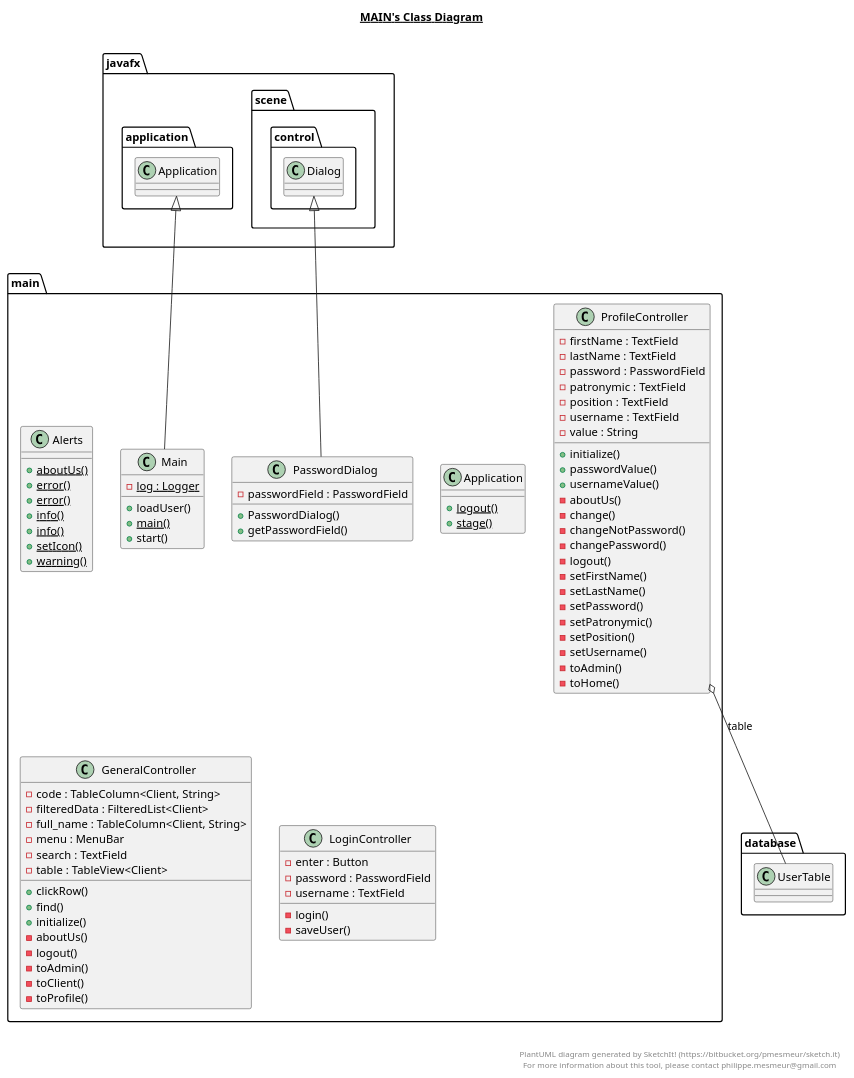
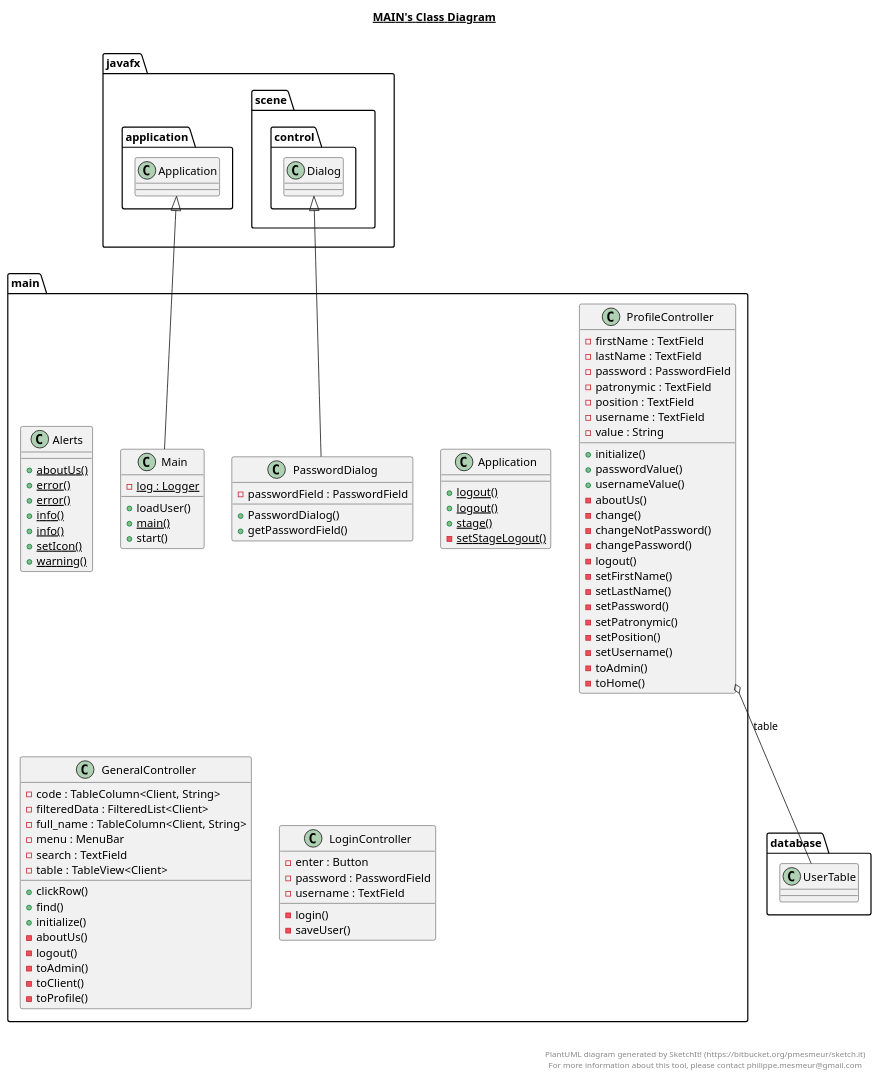
The diagram in src/main/main.plantuml (psychosis1/Work-Practice), drawn with PlantUML before and after one commit. The commit also changed 4 other files, not shown here.

```diff
--- a/src/main/main.plantuml
+++ b/src/main/main.plantuml
@@ -1,117 +1,119 @@
 @startuml
 
 title __MAIN's Class Diagram__\n
 
   namespace main {
     class main.Alerts {
         {static} + aboutUs()
         {static} + error()
         {static} + error()
         {static} + info()
         {static} + info()
         {static} + setIcon()
         {static} + warning()
     }
   }
   
 
   namespace main {
     class main.Application {
         {static} + logout()
+        {static} + logout()
         {static} + stage()
+        {static} - setStageLogout()
     }
   }
   
 
   namespace main {
     class main.GeneralController {
         - code : TableColumn<Client, String>
         - filteredData : FilteredList<Client>
         - full_name : TableColumn<Client, String>
         - menu : MenuBar
         - search : TextField
         - table : TableView<Client>
         + clickRow()
         + find()
         + initialize()
         - aboutUs()
         - logout()
         - toAdmin()
         - toClient()
         - toProfile()
     }
   }
   
 
   namespace main {
     class main.LoginController {
         - enter : Button
         - password : PasswordField
         - username : TextField
         - login()
         - saveUser()
     }
   }
   
 
   namespace main {
     class main.Main {
         {static} - log : Logger
         + loadUser()
         {static} + main()
         + start()
     }
   }
   
 
   namespace main {
     class main.PasswordDialog {
         - passwordField : PasswordField
         + PasswordDialog()
         + getPasswordField()
     }
   }
   
 
   namespace main {
     class main.ProfileController {
         - firstName : TextField
         - lastName : TextField
         - password : PasswordField
         - patronymic : TextField
         - position : TextField
         - username : TextField
         - value : String
         + initialize()
         + passwordValue()
         + usernameValue()
         - aboutUs()
         - change()
         - changeNotPassword()
         - changePassword()
         - logout()
         - setFirstName()
         - setLastName()
         - setPassword()
         - setPatronymic()
         - setPosition()
         - setUsername()
         - toAdmin()
         - toHome()
     }
   }
   
 
   main.Main -up-|> javafx.application.Application
   main.PasswordDialog -up-|> javafx.scene.control.Dialog
   main.ProfileController o-- database.UserTable : table
 
 
 right footer
 
 
 PlantUML diagram generated by SketchIt! (https://bitbucket.org/pmesmeur/sketch.it)
 For more information about this tool, please contact philippe.mesmeur@gmail.com
 endfooter
 
 @enduml
```
